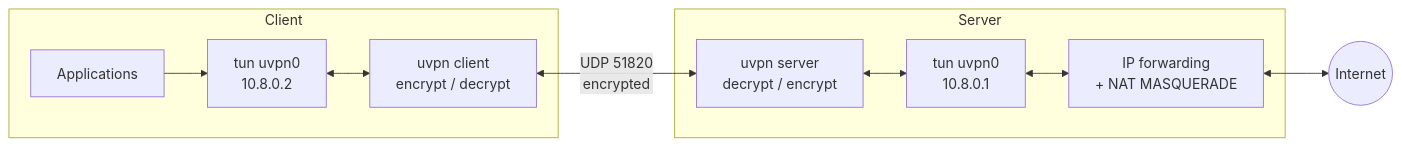
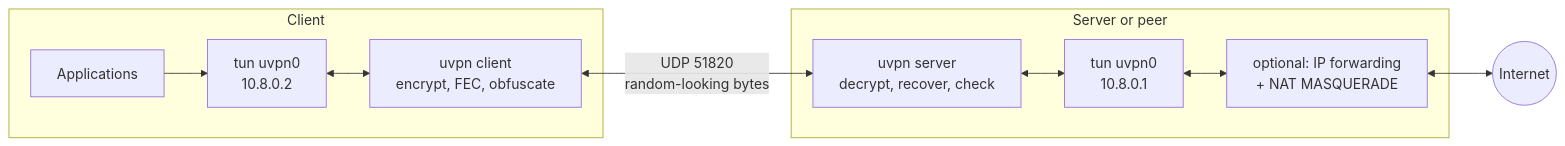
The first of 2 diagrams in README.md (lakshya076/userspace-vpn), drawn with Mermaid before and after one commit. The commit also changed other lines of this file and 14 other files, not shown here.

````diff
--- a/README.md
+++ b/README.md
@@ -44,13 +64,13 @@
 ```mermaid
 flowchart LR
   subgraph Client
     A[Applications] --> T1[tun uvpn0<br/>10.8.0.2]
-    T1 <--> C[uvpn client<br/>encrypt / decrypt]
+    T1 <--> C[uvpn client<br/>encrypt, FEC, obfuscate]
   end
-  C <-->|UDP 51820<br/>encrypted| S
-  subgraph Server
-    S[uvpn server<br/>decrypt / encrypt] <--> T2[tun uvpn0<br/>10.8.0.1]
-    T2 <--> N[IP forwarding<br/>+ NAT MASQUERADE]
+  C <-->|UDP 51820<br/>random-looking bytes| S
+  subgraph Server or peer
+    S[uvpn server<br/>decrypt, recover, check] <--> T2[tun uvpn0<br/>10.8.0.1]
+    T2 <--> N[optional: IP forwarding<br/>+ NAT MASQUERADE]
   end
   N <--> I((Internet))
 ```
````
